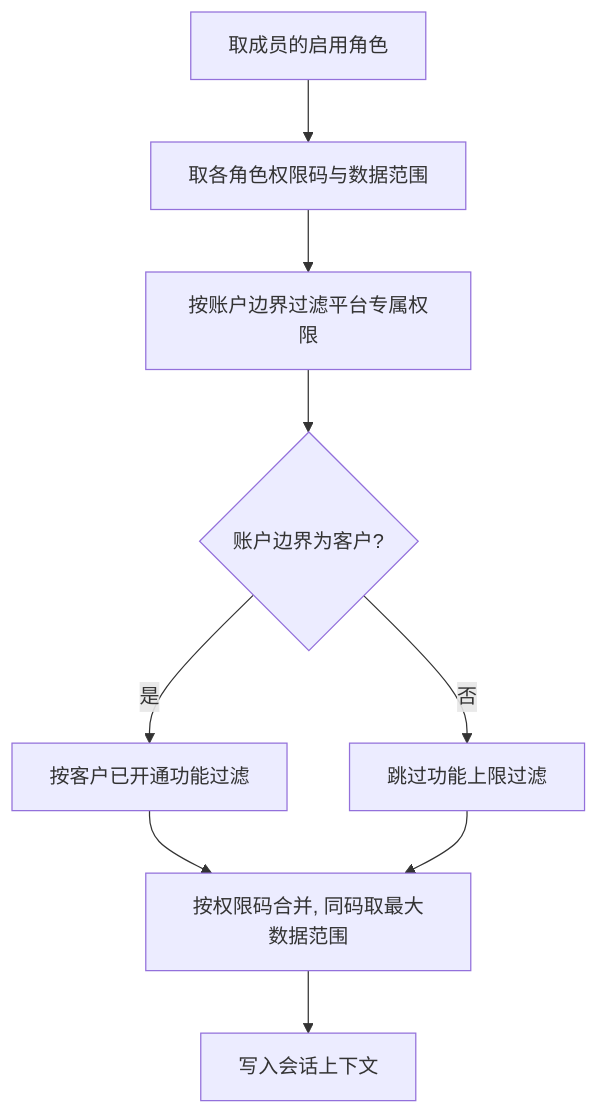
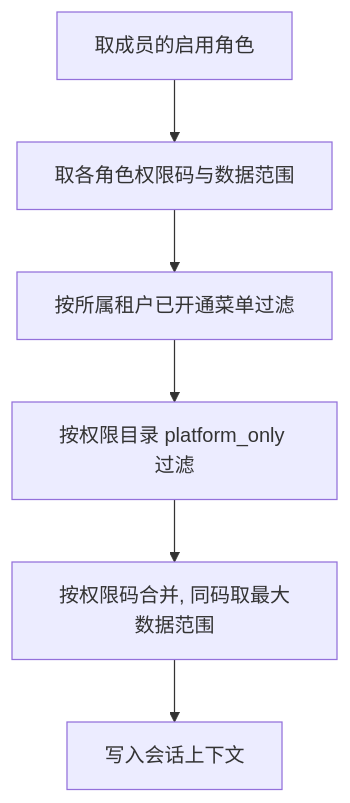
Before and after one commit to fangjinyu2024-afk/tms-project: the eighth of 11 diagrams in docs/TMS-详细设计.md, drawn with Mermaid. The commit also changed other lines of this file and 1 other file, not shown here.

````diff
--- a/docs/TMS-详细设计.md
+++ b/docs/TMS-详细设计.md
@@ -414,11 +414,8 @@
 ```mermaid
 flowchart TD
     A[取成员的启用角色] --> B[取各角色权限码与数据范围]
-    B --> C[按账户边界过滤平台专属权限]
-    C --> D{账户边界为客户?}
-    D -- 是 --> E[按客户已开通功能过滤]
-    D -- 否 --> F[跳过功能上限过滤]
-    E --> G[按权限码合并, 同码取最大数据范围]
-    F --> G
-    G --> H[写入会话上下文]
+    B --> C[按所属租户已开通菜单过滤]
+    C --> D[按权限目录 platform_only 过滤]
+    D --> E[按权限码合并, 同码取最大数据范围]
+    E --> F[写入会话上下文]
 ```
````
